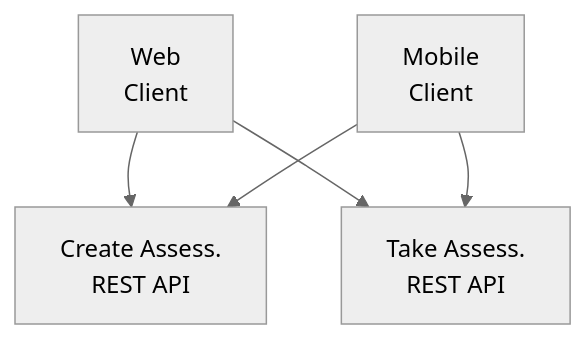
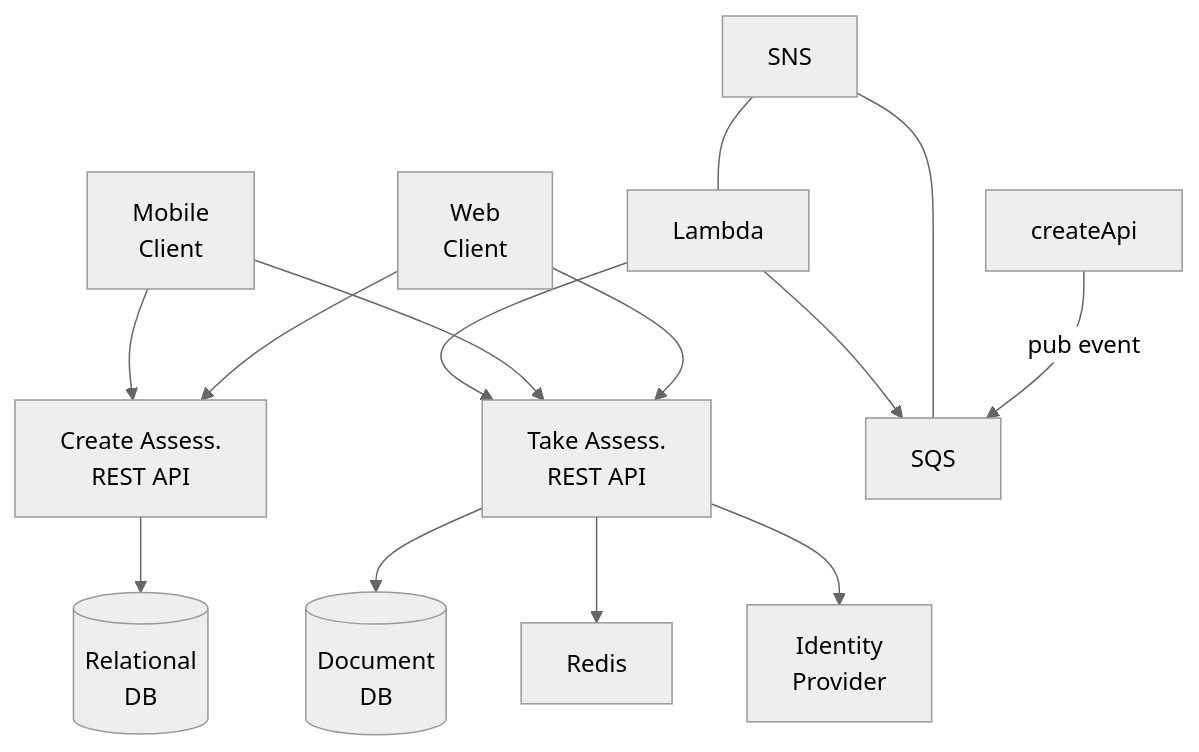
The second of 2 diagrams in README.md (demaskey/architecture-brainstorm), drawn with Mermaid (neutral theme) before and after one commit. The commit also changed other lines of this file, not shown here.

````diff
--- a/README.md
+++ b/README.md
@@ -30,13 +47,31 @@
 ``` mermaid
 flowchart 
-    webclient["Web 
+    webClient["Web 
     Client"] 
     apiCreate["Create Assess. 
     REST API"]
-    mobileclient["Mobile
+    mobileClient["Mobile
     Client"]
     apiTake["Take Assess.
     REST API"]
 
-    webclient & mobileclient --> apiCreate & apiTake
+    webClient & mobileClient --> apiCreate & apiTake
+
+    createdDb[("Relational
+    DB")]
+    apiCreate --> createdDb
+
+    createApi --> |pub event|sqs[SQS]
+    sns[SNS] --- sqs & lambda[Lambda]
+    lambda --> sqs & apiTake
+
+    takeDb[("Document
+    DB")]
+    apiTake --> takeDb
+
+    redisCache[Redis]
+    idp["Identity
+    Provider"]
+
+    apiTake --> redisCache & idp
 ```
````
